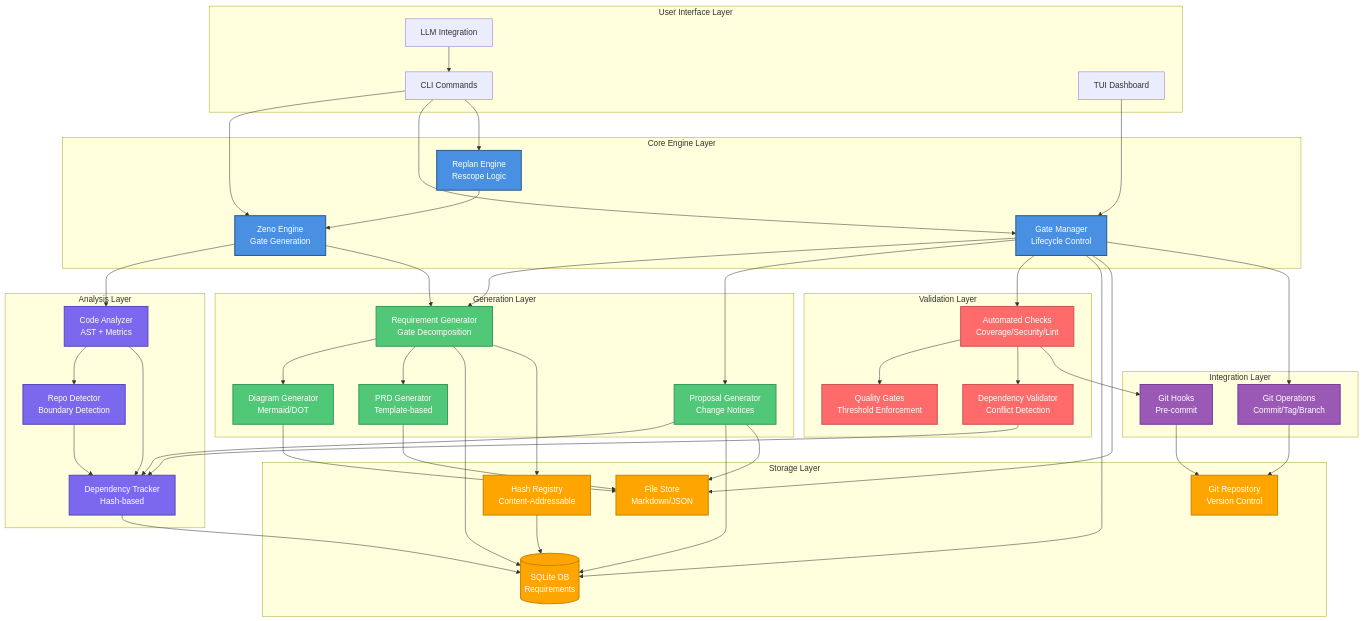
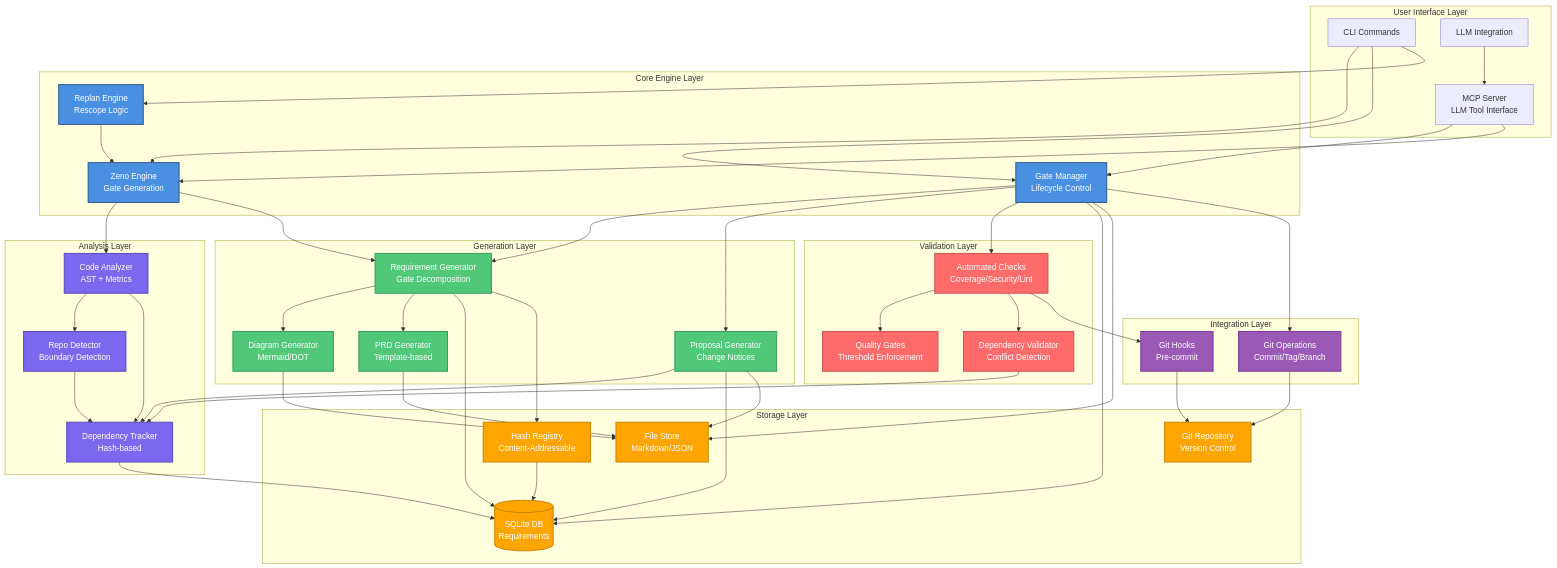
One commit to Duccci/Zenos-Planner changed the diagram in zeno/architecture/system-overview.md. Above: the diagram before and after it, drawn with Mermaid. The commit also changed other lines of this file and 15 other files, not shown here.

```diff
--- a/zeno/architecture/system-overview.md
+++ b/zeno/architecture/system-overview.md
@@ -13,7 +13,7 @@
 graph TB
     subgraph "User Interface Layer"
         CLI[CLI Commands]
-        TUI[TUI Dashboard]
+        MCP[MCP Server<br/>LLM Tool Interface]
         LLM[LLM Integration]
     end
     
@@ -58,8 +58,9 @@
     CLI --> ZenoEngine
     CLI --> GateManager
     CLI --> ReplanEngine
-    TUI --> GateManager
-    LLM --> CLI
+    MCP --> GateManager
+    MCP --> ZenoEngine
+    LLM --> MCP
     
     %% Core Engine connections
     ZenoEngine --> CodeAnalyzer
```
